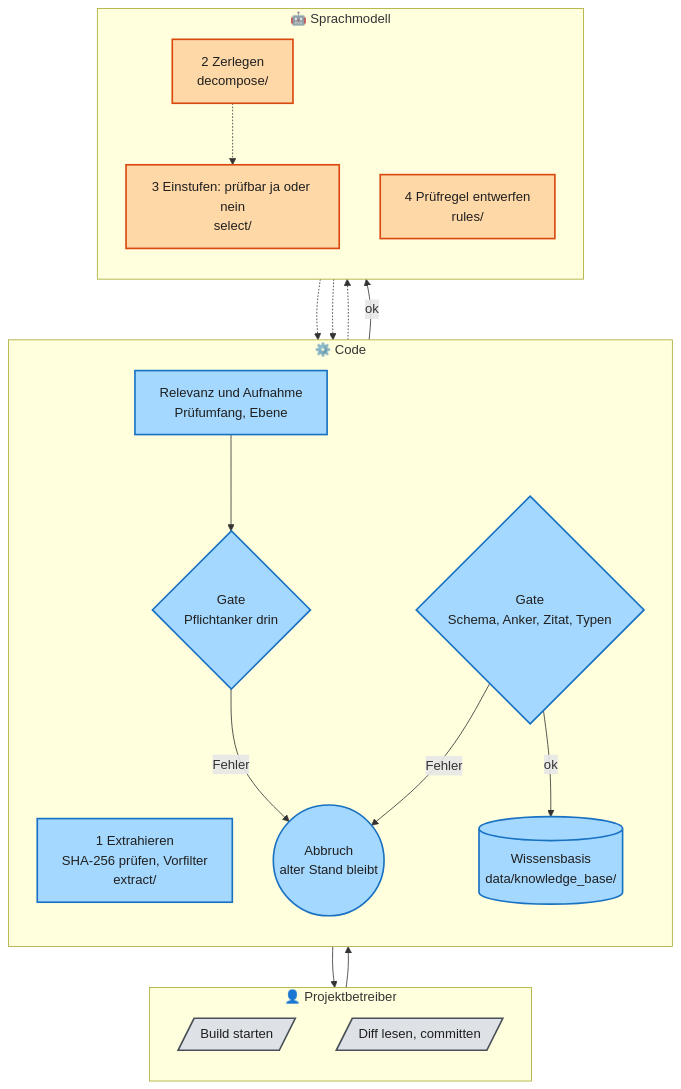
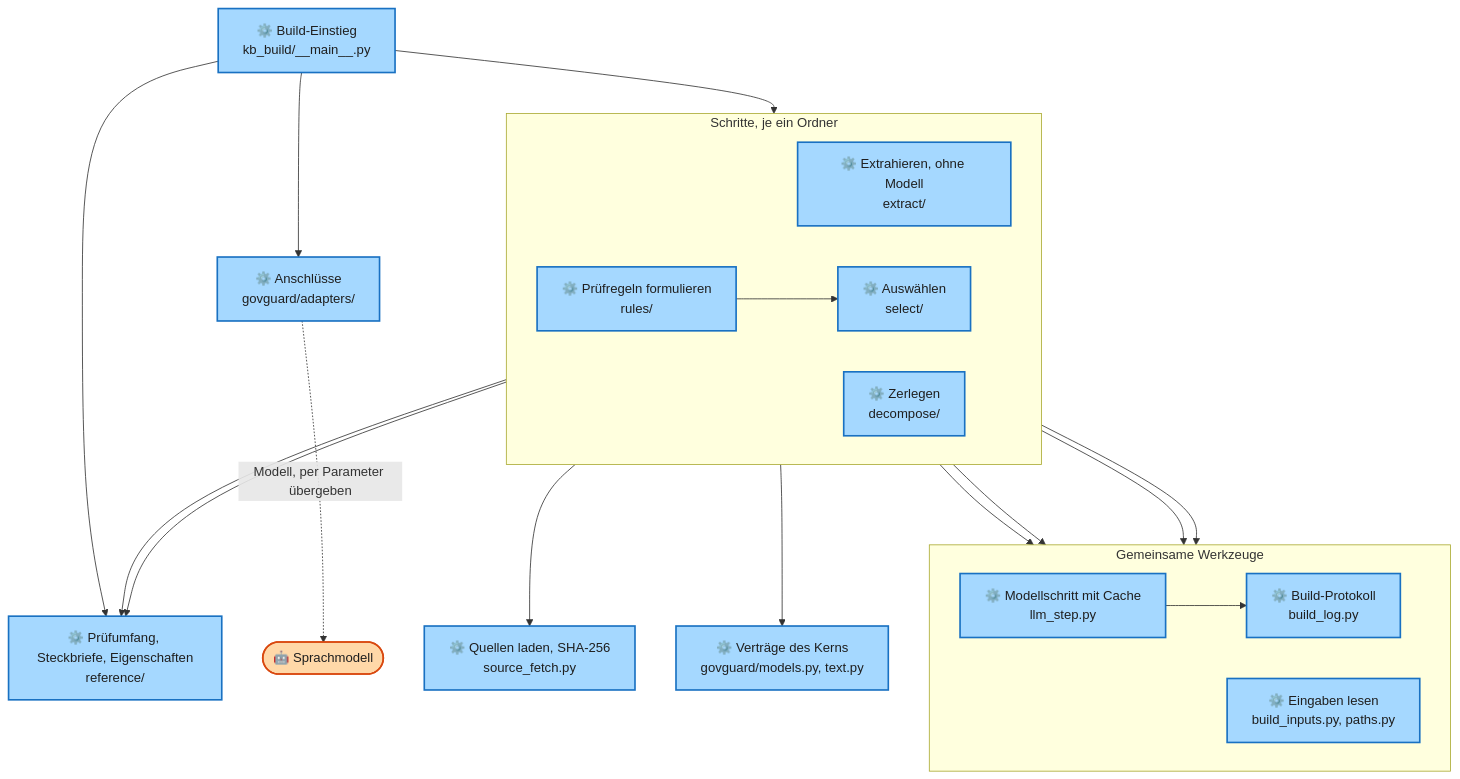
Before and after one commit to Daniel74/GovGuard: the ninth of 22 diagrams in docs/ARCHITECTURE.md, drawn with Mermaid. The commit also changed other lines of this file and 9 other files, not shown here.

Commit message:
#73 ARCHITECTURE.md als 4+1 nach Kruchten - first version

````diff
--- a/docs/ARCHITECTURE.md
+++ b/docs/ARCHITECTURE.md
@@ -255,34 +1005,33 @@
 ```mermaid
 flowchart TB
-  subgraph B1["👤 Projektbetreiber"]
-    direction TB
-    h1[/"Build starten"/]:::human
-    h2[/"Diff lesen, committen"/]:::human
+  MAIN["⚙️ Build-Einstieg<br/>kb_build/__main__.py"]:::code
+  subgraph STEPS["Schritte, je ein Ordner"]
+    direction LR
+    EX["⚙️ Extrahieren, ohne Modell<br/>extract/"]:::code
+    DE["⚙️ Zerlegen<br/>decompose/"]:::code
+    SE["⚙️ Auswählen<br/>select/"]:::code
+    RU["⚙️ Prüfregeln formulieren<br/>rules/"]:::code
   end
-  subgraph B2["⚙️ Code"]
-    direction TB
-    e1["1 Extrahieren<br/>SHA-256 prüfen, Vorfilter<br/>extract/"]:::code
-    r1["Relevanz und Aufnahme<br/>Prüfumfang, Ebene"]:::code
-    g1{"Gate<br/>Pflichtanker drin"}:::code
-    g2{"Gate<br/>Schema, Anker, Zitat, Typen"}:::code
-    k1[("Wissensbasis<br/>data/knowledge_base/")]:::code
-    x1(("Abbruch<br/>alter Stand bleibt")):::code
+  REF["⚙️ Prüfumfang, Steckbriefe, Eigenschaften<br/>reference/"]:::code
+  subgraph SHARED["Gemeinsame Werkzeuge"]
+    direction LR
+    LS["⚙️ Modellschritt mit Cache<br/>llm_step.py"]:::code
+    BL["⚙️ Build-Protokoll<br/>build_log.py"]:::code
+    BI["⚙️ Eingaben lesen<br/>build_inputs.py, paths.py"]:::code
   end
-  subgraph B3["🤖 Sprachmodell"]
-    direction TB
-    m1["2 Zerlegen<br/>decompose/"]:::llm
-    m2["3 Einstufen: prüfbar ja oder nein<br/>select/"]:::llm
-    m3["4 Prüfregel entwerfen<br/>rules/"]:::llm
-  end
-  h1 --> e1
-  e1 -.-> m1 -.-> m2
-  m2 -.-> r1 --> g1
-  g1 -->|"ok"| m3
-  g1 -->|"Fehler"| x1
-  m3 -.-> g2
-  g2 -->|"ok"| k1 --> h2
-  g2 -->|"Fehler"| x1
+  SF["⚙️ Quellen laden, SHA-256<br/>source_fetch.py"]:::code
+  GM["⚙️ Verträge des Kerns<br/>govguard/models.py, text.py"]:::code
+  AD["⚙️ Anschlüsse<br/>govguard/adapters/"]:::code
+  M(["🤖 Sprachmodell"]):::llm
+  MAIN --> STEPS & REF & AD
+  EX --> SF
+  DE & SE & RU --> LS
+  RU --> SE & REF
+  SE --> REF
+  STEPS --> BI
+  LS --> BL
+  STEPS --> GM
+  AD -.->|"Modell, per Parameter übergeben"| M
   classDef llm fill:#ffd8a8,stroke:#d9480f,color:#1f1f1f,stroke-width:2px
   classDef code fill:#a5d8ff,stroke:#1971c2,color:#1f1f1f,stroke-width:2px
-  classDef human fill:#dee2e6,stroke:#495057,color:#1f1f1f,stroke-width:2px
 ```
````
